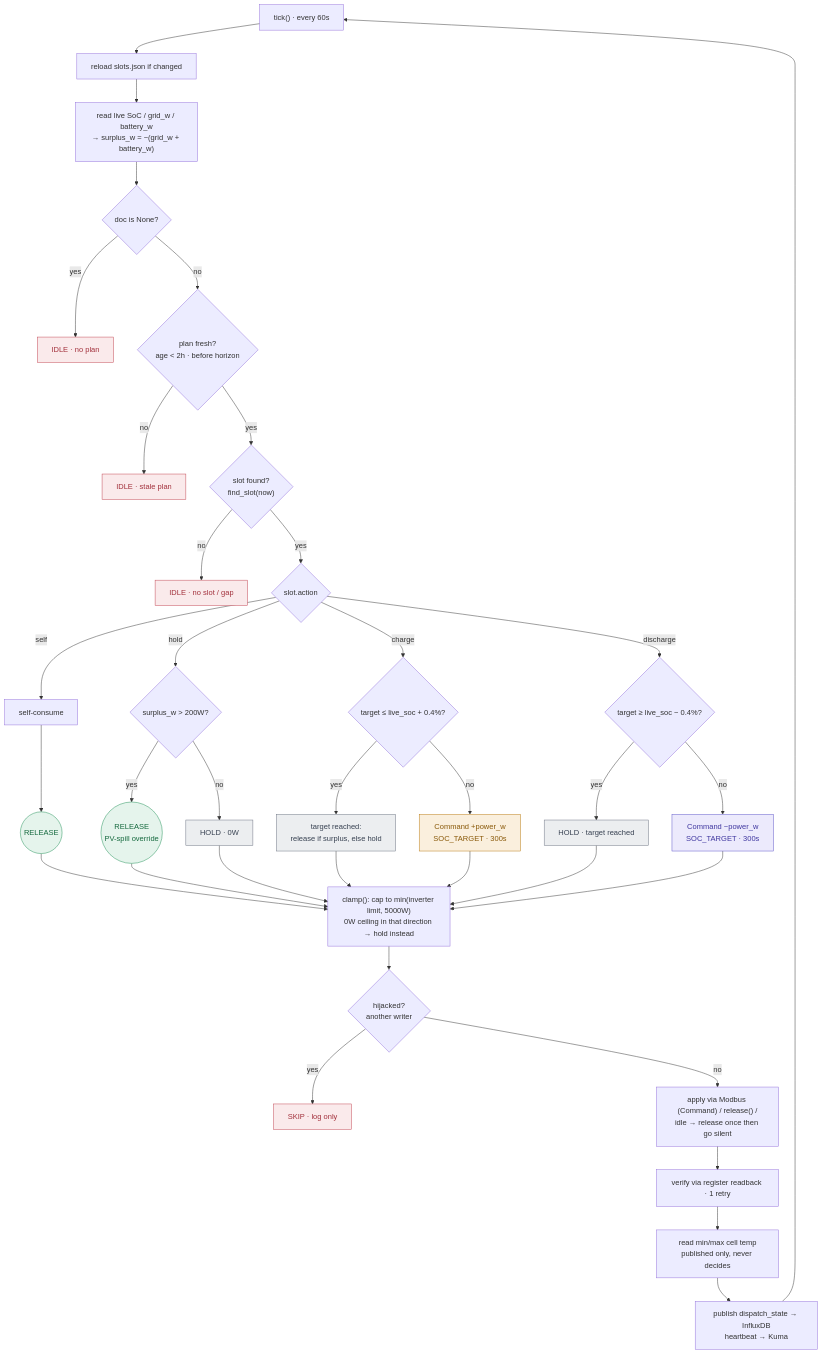
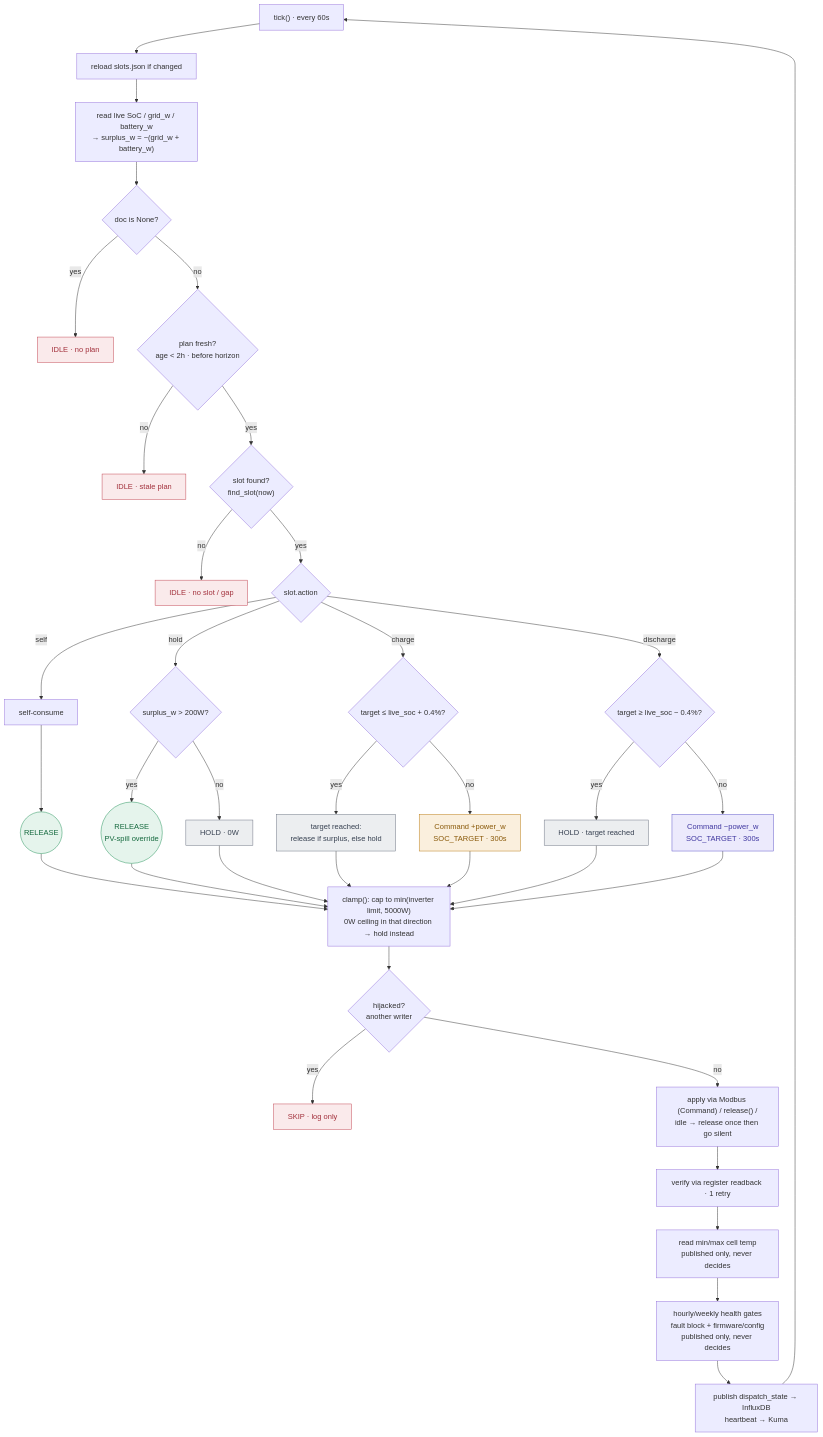
One commit to sandeepthukral/alphaess-collector changed the second of 3 diagrams in docs/DISPATCH-FLOW.md. Above: the diagram before and after it, drawn with Mermaid. The commit also changed other lines of this file and 7 other files, not shown here.

First line of the commit message:
Add the battery-health-poller's fault/warning and weekly registers

````diff
--- a/docs/DISPATCH-FLOW.md
+++ b/docs/DISPATCH-FLOW.md
@@ -28,50 +28,51 @@
 ```mermaid
 flowchart TD
     A["tick() · every 60s"] --> B[reload slots.json if changed]
     B --> C["read live SoC / grid_w / battery_w<br/>→ surplus_w = −(grid_w + battery_w)"]
     C --> D{doc is None?}
     D -- yes --> IDLE1[IDLE · no plan]
     D -- no --> E{"plan fresh?<br/>age &lt; 2h · before horizon"}
     E -- no --> IDLE2[IDLE · stale plan]
     E -- yes --> F{"slot found?<br/>find_slot(now)"}
     F -- no --> IDLE3[IDLE · no slot / gap]
     F -- yes --> G{slot.action}
 
     G -- self --> SELF[self-consume] --> REL1((RELEASE))
     G -- hold --> H{surplus_w &gt; 200W?}
     H -- yes --> REL2(("RELEASE<br/>PV-spill override"))
     H -- no --> HOLD1["HOLD · 0W"]
     G -- charge --> I{"target ≤ live_soc + 0.4%?"}
     I -- yes --> J["target reached:<br/>release if surplus, else hold"]
     I -- no --> CHG["Command +power_w<br/>SOC_TARGET · 300s"]
     G -- discharge --> K{"target ≥ live_soc − 0.4%?"}
     K -- yes --> HOLD2["HOLD · target reached"]
     K -- no --> DIS["Command −power_w<br/>SOC_TARGET · 300s"]
 
     REL1 --> CLAMP
     REL2 --> CLAMP
     HOLD1 --> CLAMP
     J --> CLAMP
     CHG --> CLAMP
     HOLD2 --> CLAMP
     DIS --> CLAMP
 
     CLAMP["clamp(): cap to min(inverter limit, 5000W)<br/>0W ceiling in that direction → hold instead"] --> M{"hijacked?<br/>another writer"}
     M -- yes --> SKIP[SKIP · log only]
     M -- no --> N["apply via Modbus (Command) / release() /<br/>idle → release once then go silent"]
     N --> O[verify via register readback · 1 retry]
     O --> TEMP["read min/max cell temp<br/>published only, never decides"]
-    TEMP --> PUB["publish dispatch_state → InfluxDB<br/>heartbeat → Kuma"]
+    TEMP --> HEALTH["hourly/weekly health gates<br/>fault block + firmware/config<br/>published only, never decides"]
+    HEALTH --> PUB["publish dispatch_state → InfluxDB<br/>heartbeat → Kuma"]
     PUB --> A
 
     classDef release fill:#e5f4ec,stroke:#1f8f56,color:#166a3f;
     classDef hold fill:#eceef0,stroke:#6b7280,color:#374151;
     classDef charge fill:#faefdd,stroke:#b8790f,color:#8a5a0a;
     classDef discharge fill:#eceafc,stroke:#5b52c9,color:#4038a0;
     classDef idle fill:#faeaeb,stroke:#c14350,color:#a3323d;
     class REL1,REL2 release;
     class HOLD1,HOLD2,J hold;
     class CHG charge;
     class DIS discharge;
     class IDLE1,IDLE2,IDLE3,SKIP idle;
 ```
````
